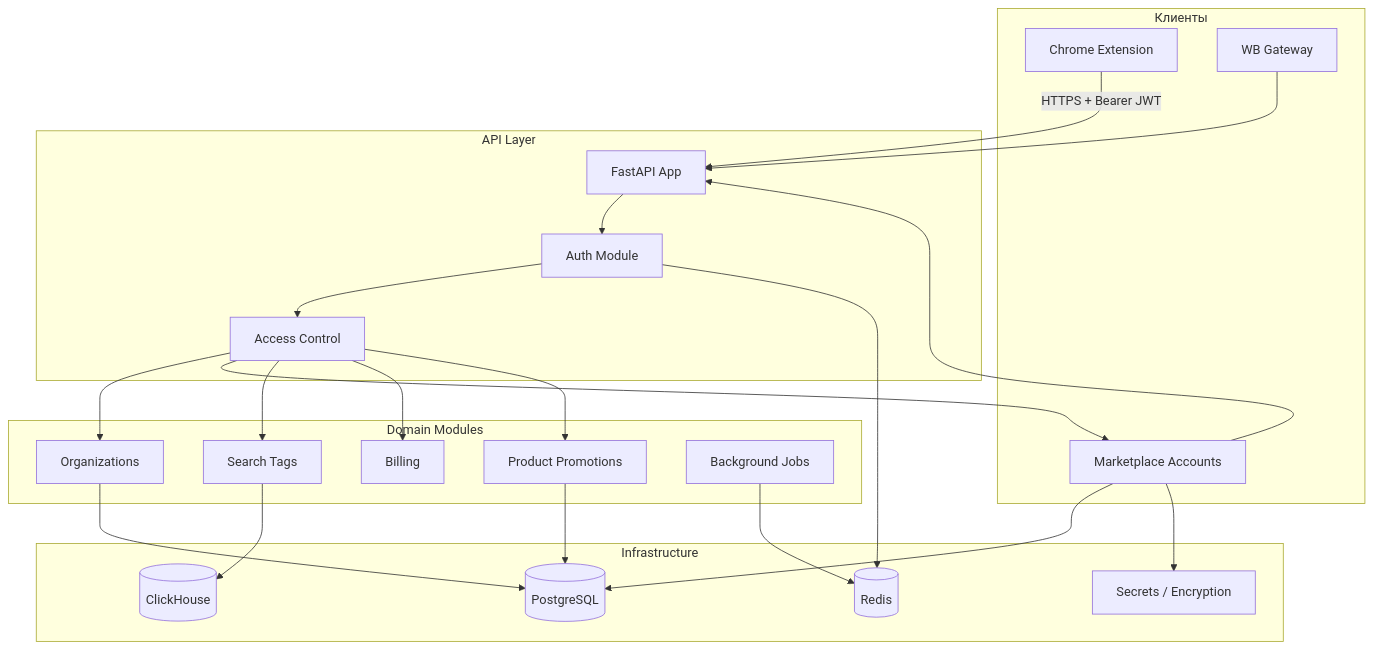
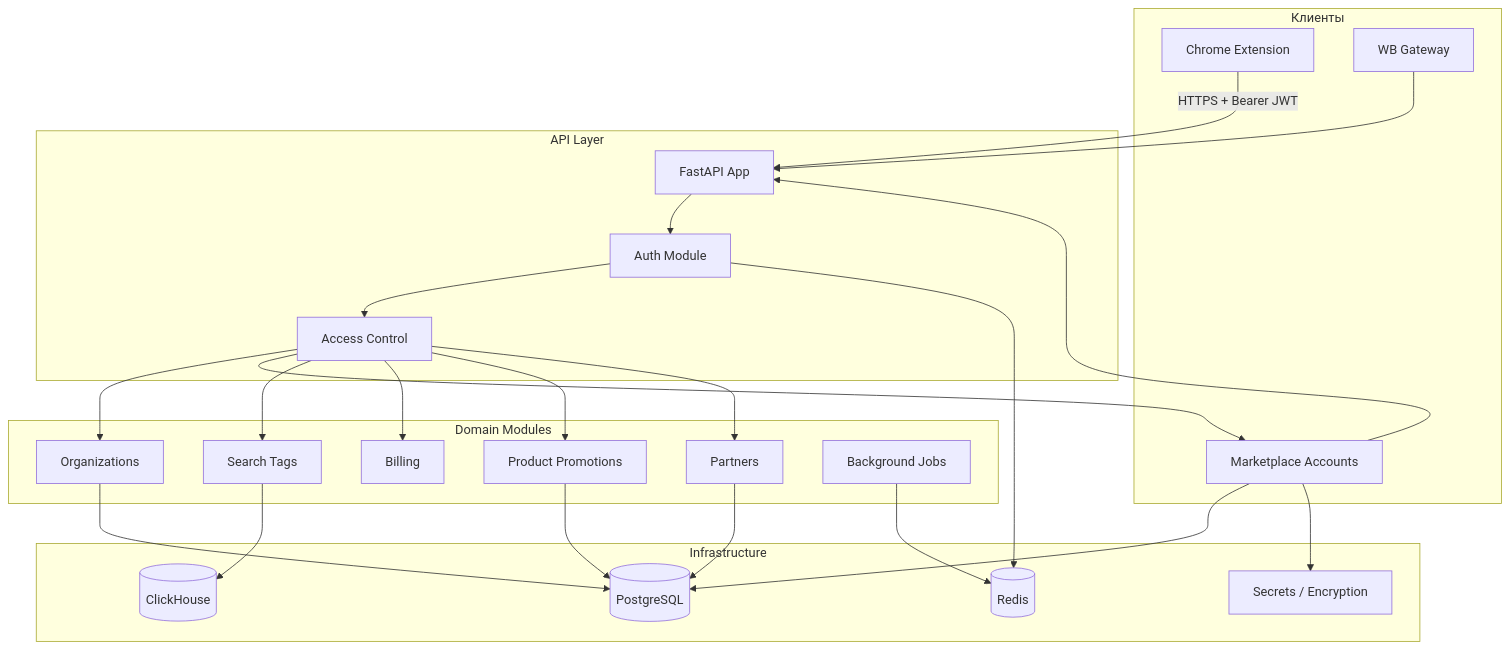
One commit to MarketHackerLabs/docs changed the diagram in architecture/README.md. Above: the diagram before and after it, drawn with Mermaid. The commit also changed other lines of this file and 7 other files, not shown here.

````diff
--- a/architecture/README.md
+++ b/architecture/README.md
@@ -28,42 +28,44 @@
 ```mermaid
 flowchart TB
     subgraph client [Клиенты]
         EXT[Chrome Extension]
         MP[Manager Portal]
         PROXY[WB Gateway]
     end
 
     subgraph api [API Layer]
         GW[FastAPI App]
         AUTH[Auth Module]
         ACL[Access Control]
     end
 
     subgraph domain [Domain Modules]
         ORG[Organizations]
         MP[Marketplace Accounts]
         TAGS[Search Tags]
         BILLING[Billing]
         PROMO[Product Promotions]
+        PARTNERS[Partners]
         JOBS[Background Jobs]
     end
 
     subgraph infra [Infrastructure]
         PG[(PostgreSQL)]
         CH[(ClickHouse)]
         REDIS[(Redis)]
         VAULT[Secrets / Encryption]
     end
 
     EXT -->|HTTPS + Bearer JWT| GW
     MP --> GW
     PROXY --> GW
     GW --> AUTH --> ACL
-    ACL --> ORG & MP & TAGS & BILLING & PROMO
+    ACL --> ORG & MP & TAGS & BILLING & PROMO & PARTNERS
     ORG & MP --> PG
     PROMO --> PG
+    PARTNERS --> PG
     TAGS --> CH
     AUTH --> REDIS
     JOBS --> REDIS
     MP --> VAULT
 ```
````
